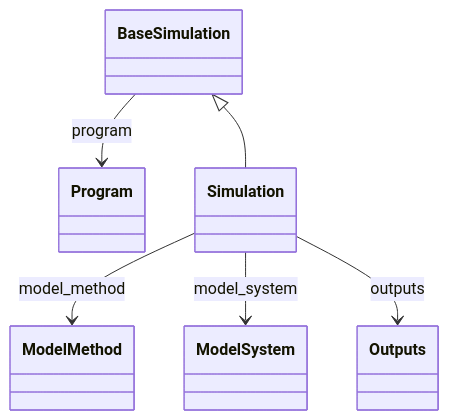
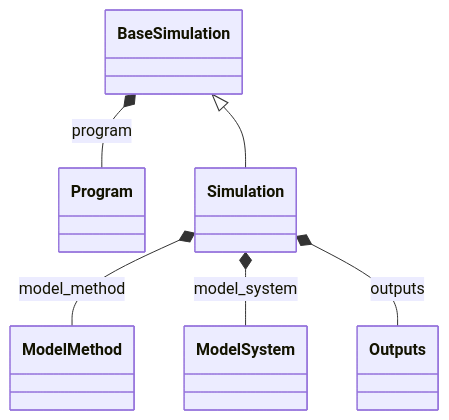
The diagram in docs/schema/simulation.md (FAIRmat-NFDI/nomad-simulations), drawn with Mermaid before and after one commit. The commit also changed other lines of this file and 34 other files, not shown here.

````diff
--- a/docs/schema/simulation.md
+++ b/docs/schema/simulation.md
@@ -18,14 +18,14 @@
 ```mermaid
 classDiagram
     class BaseSimulation
     class ModelMethod
     class ModelSystem
     class Outputs
     class Program
     class Simulation
     BaseSimulation <|-- Simulation
-    BaseSimulation --> Program : program
-    Simulation --> ModelMethod : model_method
-    Simulation --> ModelSystem : model_system
-    Simulation --> Outputs : outputs
+    BaseSimulation *-- Program : program
+    Simulation *-- ModelMethod : model_method
+    Simulation *-- ModelSystem : model_system
+    Simulation *-- Outputs : outputs
 ```
````
